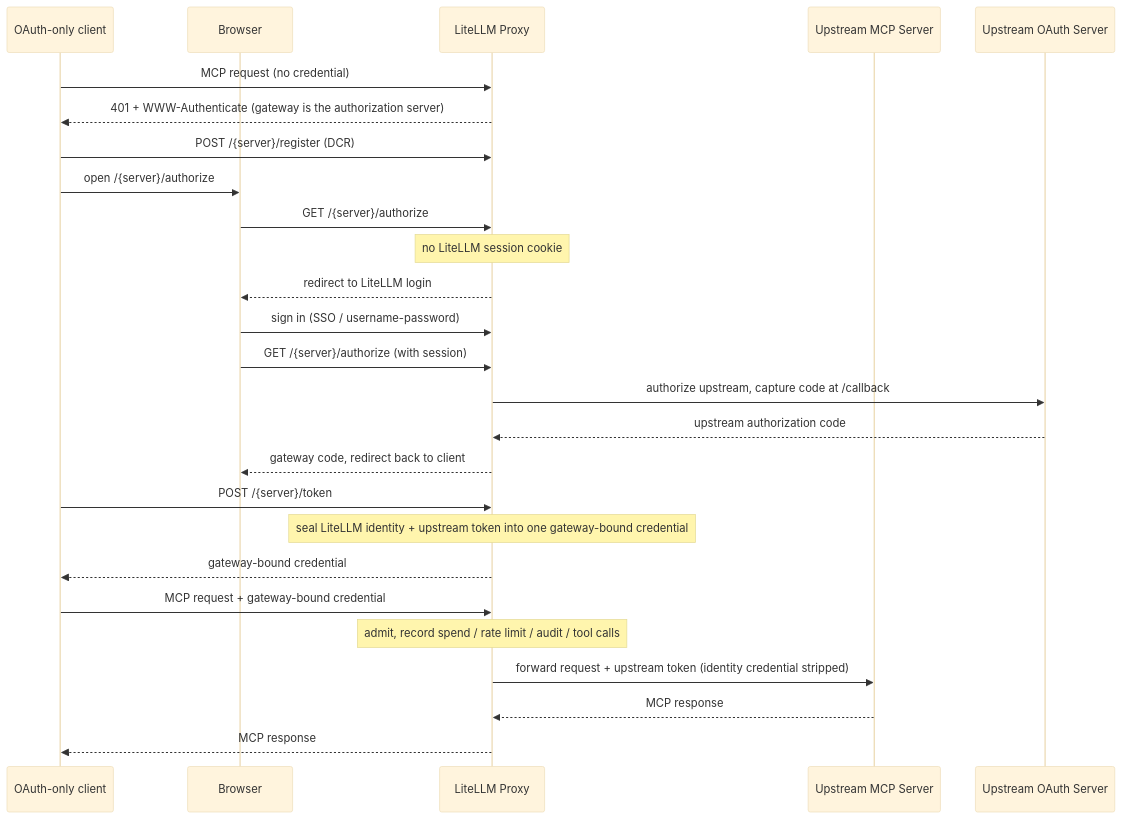
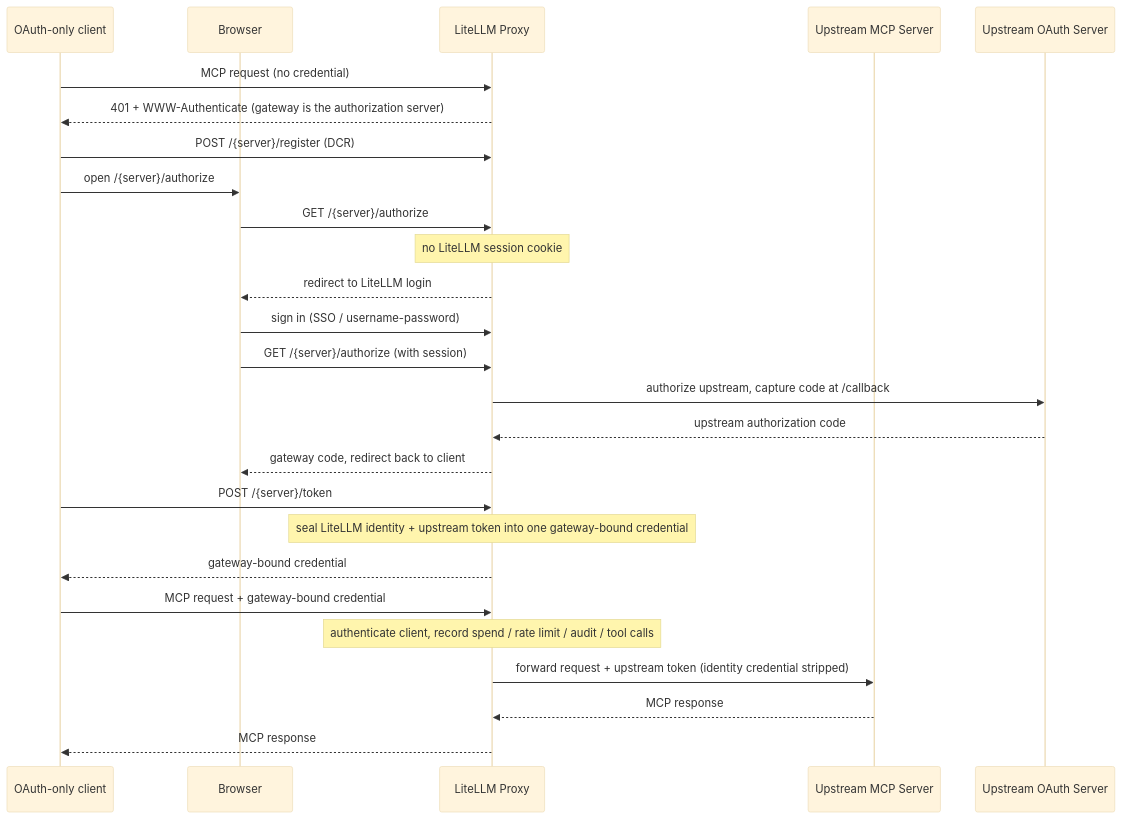
The third of 4 diagrams in docs/mcp_oauth_passthrough.md (BerriAI/litellm-docs), drawn with Mermaid (base theme) before and after one commit. The commit also changed other lines of this file and 16 other files, not shown here.

````diff
--- a/docs/mcp_oauth_passthrough.md
+++ b/docs/mcp_oauth_passthrough.md
@@ -282,29 +287,29 @@
 ```mermaid
 sequenceDiagram
     participant Client as OAuth-only client
     participant Browser
     participant LiteLLM as LiteLLM Proxy
     participant MCP as Upstream MCP Server
     participant Auth as Upstream OAuth Server
 
     Client->>LiteLLM: MCP request (no credential)
     LiteLLM-->>Client: 401 + WWW-Authenticate (gateway is the authorization server)
     Client->>LiteLLM: POST /{server}/register (DCR)
     Client->>Browser: open /{server}/authorize
     Browser->>LiteLLM: GET /{server}/authorize
     Note over LiteLLM: no LiteLLM session cookie
     LiteLLM-->>Browser: redirect to LiteLLM login
     Browser->>LiteLLM: sign in (SSO / username-password)
     Browser->>LiteLLM: GET /{server}/authorize (with session)
     LiteLLM->>Auth: authorize upstream, capture code at /callback
     Auth-->>LiteLLM: upstream authorization code
     LiteLLM-->>Browser: gateway code, redirect back to client
     Client->>LiteLLM: POST /{server}/token
     Note over LiteLLM: seal LiteLLM identity + upstream token into one gateway-bound credential
     LiteLLM-->>Client: gateway-bound credential
     Client->>LiteLLM: MCP request + gateway-bound credential
-    Note over LiteLLM: admit, record spend / rate limit / audit / tool calls
+    Note over LiteLLM: authenticate client, record spend / rate limit / audit / tool calls
     LiteLLM->>MCP: forward request + upstream token (identity credential stripped)
     MCP-->>LiteLLM: MCP response
     LiteLLM-->>Client: MCP response
 ```
````
